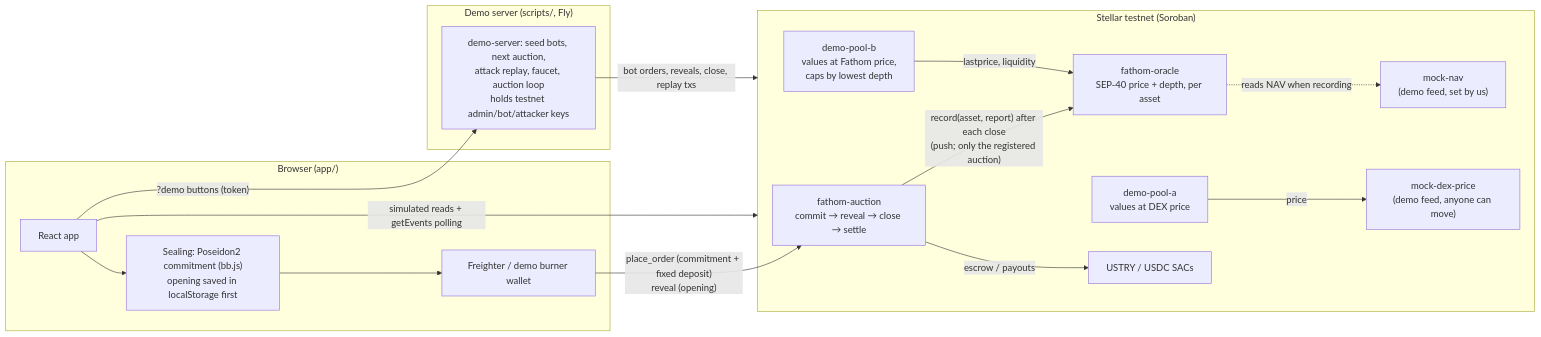
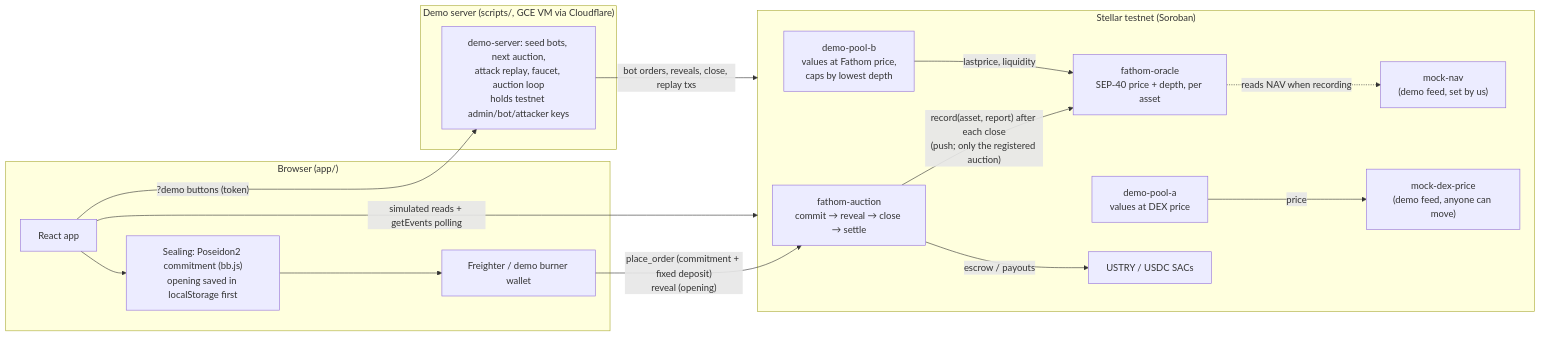
One commit to celadari/fathom-hack-meridian-2026 changed the diagram in README.md. Above: the diagram before and after it, drawn with Mermaid. The commit also changed other lines of this file and 10 other files, not shown here.

````diff
--- a/README.md
+++ b/README.md
@@ -15,30 +15,30 @@
 ```mermaid
 flowchart LR
   subgraph Browser["Browser (app/)"]
     UI["React app"]
     Seal["Sealing: Poseidon2 commitment (bb.js)<br/>opening saved in localStorage first"]
     W["Freighter / demo burner wallet"]
   end
   subgraph Stellar["Stellar testnet (Soroban)"]
     A["fathom-auction<br/>commit → reveal → close → settle"]
     O["fathom-oracle<br/>SEP-40 price + depth, per asset"]
     NAV["mock-nav<br/>(demo feed, set by us)"]
     DEX["mock-dex-price<br/>(demo feed, anyone can move)"]
     PA["demo-pool-a<br/>values at DEX price"]
     PB["demo-pool-b<br/>values at Fathom price,<br/>caps by lowest depth"]
     TOK["USTRY / USDC SACs"]
   end
-  subgraph Host["Demo server (scripts/, Fly)"]
+  subgraph Host["Demo server (scripts/, GCE VM via Cloudflare)"]
     DS["demo-server: seed bots, next auction,<br/>attack replay, faucet, auction loop<br/>holds testnet admin/bot/attacker keys"]
   end
   UI --> Seal --> W
   W -- "place_order (commitment + fixed deposit)<br/>reveal (opening)" --> A
   A -- "escrow / payouts" --> TOK
   A -- "record(asset, report) after each close<br/>(push; only the registered auction)" --> O
   O -. "reads NAV when recording" .-> NAV
   PB -- "lastprice, liquidity" --> O
   PA -- "price" --> DEX
   UI -- "simulated reads + getEvents polling" --> Stellar
   UI -- "?demo buttons (token)" --> DS
   DS -- "bot orders, reveals, close, replay txs" --> Stellar
 ```
````
